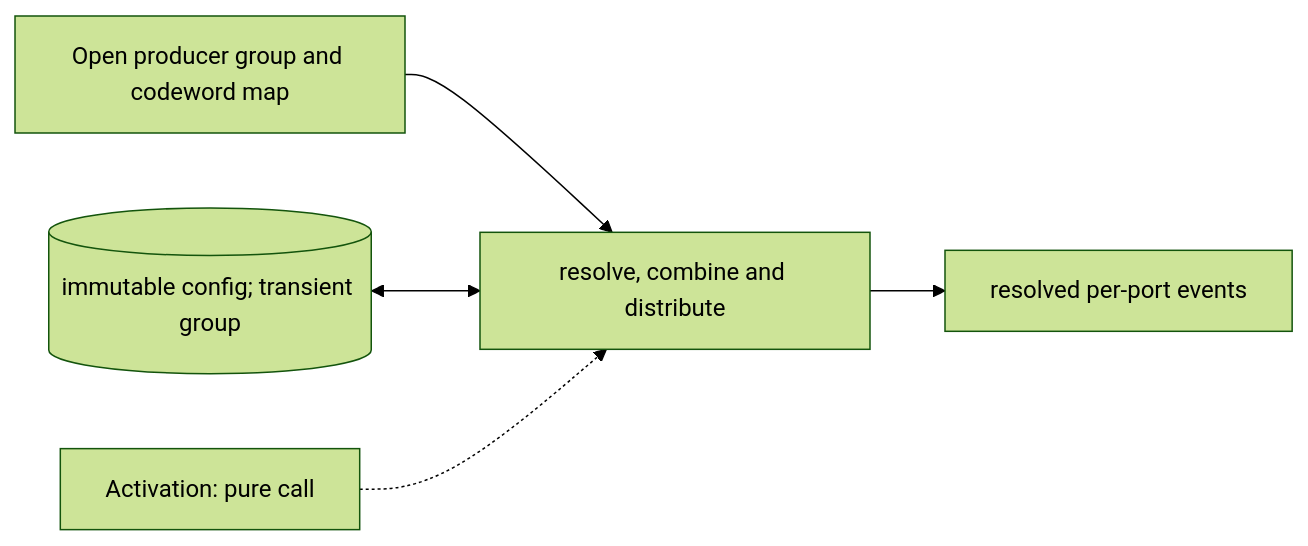
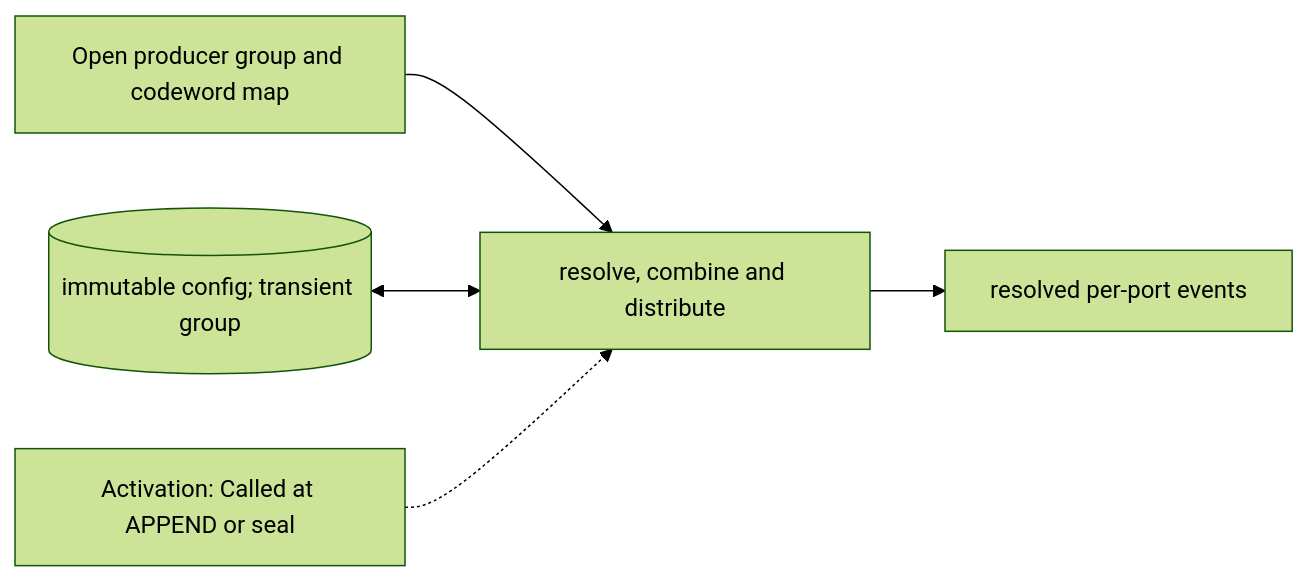
One commit to qsbit-org/qsbit-sim changed the diagram in docs/modules/operation-lowerer-and-device-distributor.md. Above: the diagram before and after it, drawn with Mermaid (forest theme). The commit also changed other lines of this file and 24 other files, not shown here.

````diff
--- a/docs/modules/operation-lowerer-and-device-distributor.md
+++ b/docs/modules/operation-lowerer-and-device-distributor.md
@@ -17,7 +17,7 @@
 ```mermaid
 flowchart LR
     U["Open producer group and codeword map"] --> P["resolve, combine and distribute"]
     S[("immutable config; transient group")] <--> P
     P --> D["resolved per-port events"]
-    K["Activation: pure call"] -.-> P
+    K["Activation: Called at APPEND or seal"] -.-> P
 ```
````
